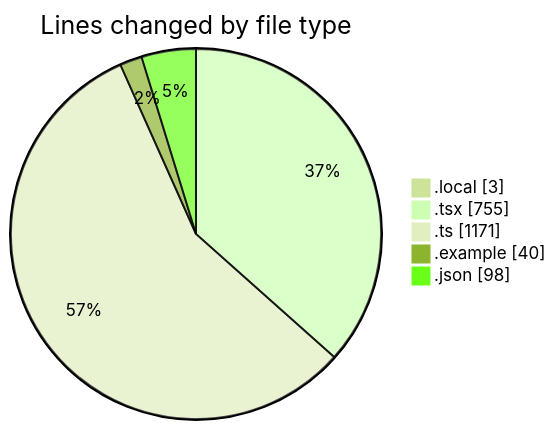
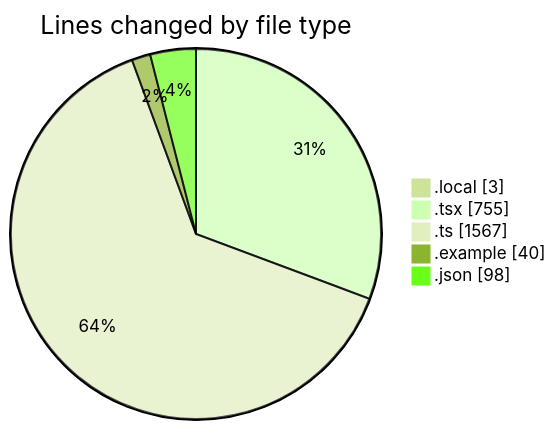
One commit to julien-gomy/code-tracking changed the first of 2 diagrams in 2025-11-20/eventscop-frontend-guide__workspace_/README.md. Above: the diagram before and after it, drawn with Mermaid (forest theme). The commit also changed other lines of this file and 1 other file, not shown here.

````diff
--- a/2025-11-20/eventscop-frontend-guide__workspace_/README.md
+++ b/2025-11-20/eventscop-frontend-guide__workspace_/README.md
@@ -45,9 +48,9 @@
 ```mermaid
 pie showData
 title Lines changed by file type
 ".local" : 3
 ".tsx" : 755
-".ts" : 1171
+".ts" : 1567
 ".example" : 40
 ".json" : 98
 ```
````
